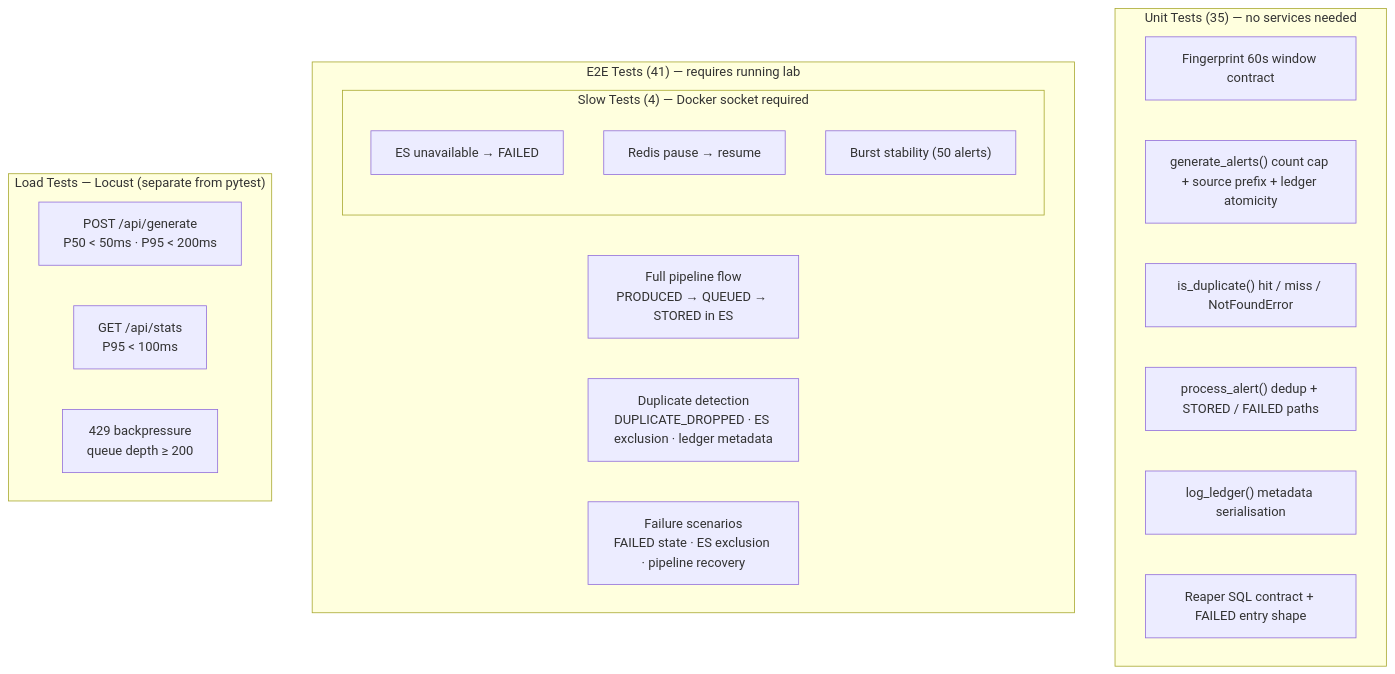
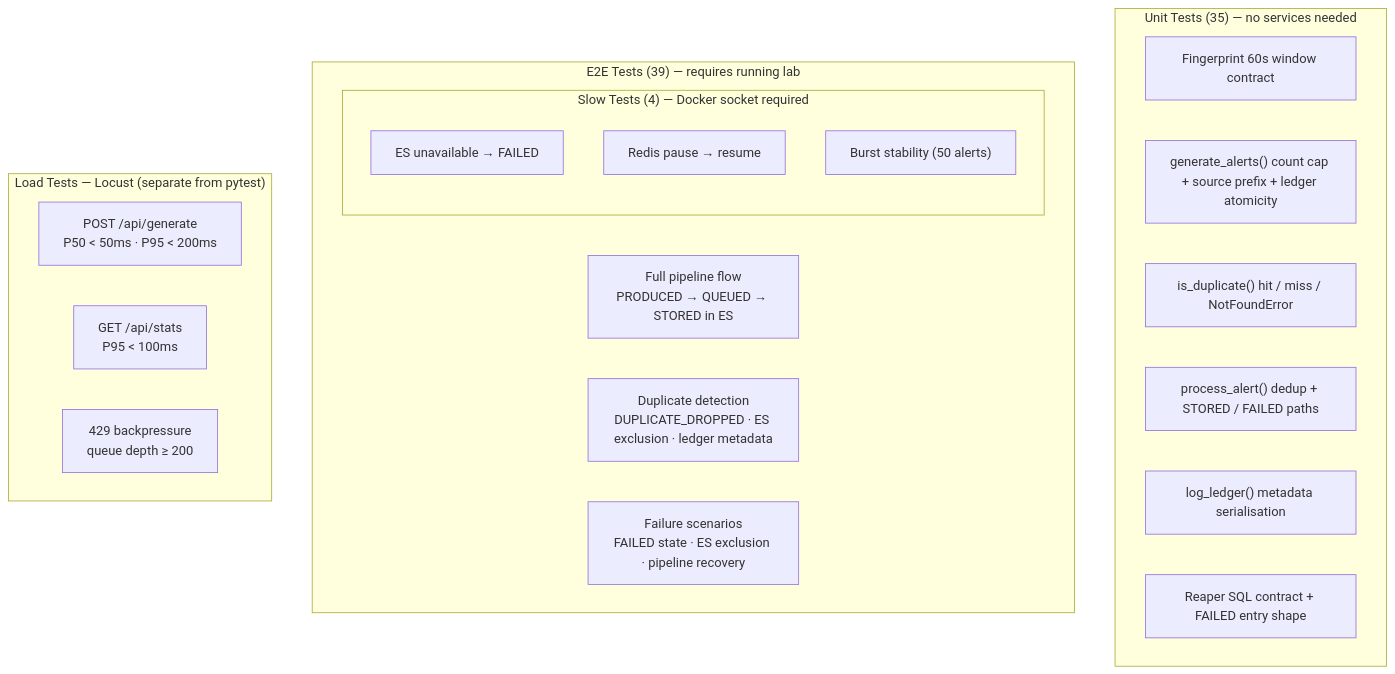
Before and after one commit to rahulgoel527/alert-pipeline-validation: the third of 3 diagrams in README.md, drawn with Mermaid. The commit also changed 4 other files, not shown here.

````diff
--- a/README.md
+++ b/README.md
@@ -109,28 +109,28 @@
 ```mermaid
 flowchart TD
     subgraph unit["Unit Tests (35) — no services needed"]
         U1["Fingerprint 60s window contract"]
         U2["generate_alerts() count cap + source prefix + ledger atomicity"]
         U3["is_duplicate() hit / miss / NotFoundError"]
         U4["process_alert() dedup + STORED / FAILED paths"]
         U5["log_ledger() metadata serialisation"]
         U6["Reaper SQL contract + FAILED entry shape"]
     end
 
-    subgraph e2e["E2E Tests (41) — requires running lab"]
+    subgraph e2e["E2E Tests (39) — requires running lab"]
         E1["Full pipeline flow\nPRODUCED → QUEUED → STORED in ES"]
         E2["Duplicate detection\nDUPLICATE_DROPPED · ES exclusion · ledger metadata"]
         E3["Failure scenarios\nFAILED state · ES exclusion · pipeline recovery"]
         subgraph slow["Slow Tests (4) — Docker socket required"]
             S1["ES unavailable → FAILED"]
             S2["Redis pause → resume"]
             S3["Burst stability (50 alerts)"]
         end
     end
 
     subgraph load["Load Tests — Locust (separate from pytest)"]
         L1["POST /api/generate\nP50 < 50ms · P95 < 200ms"]
         L2["GET /api/stats\nP95 < 100ms"]
         L3["429 backpressure\nqueue depth ≥ 200"]
     end
 ```
````
